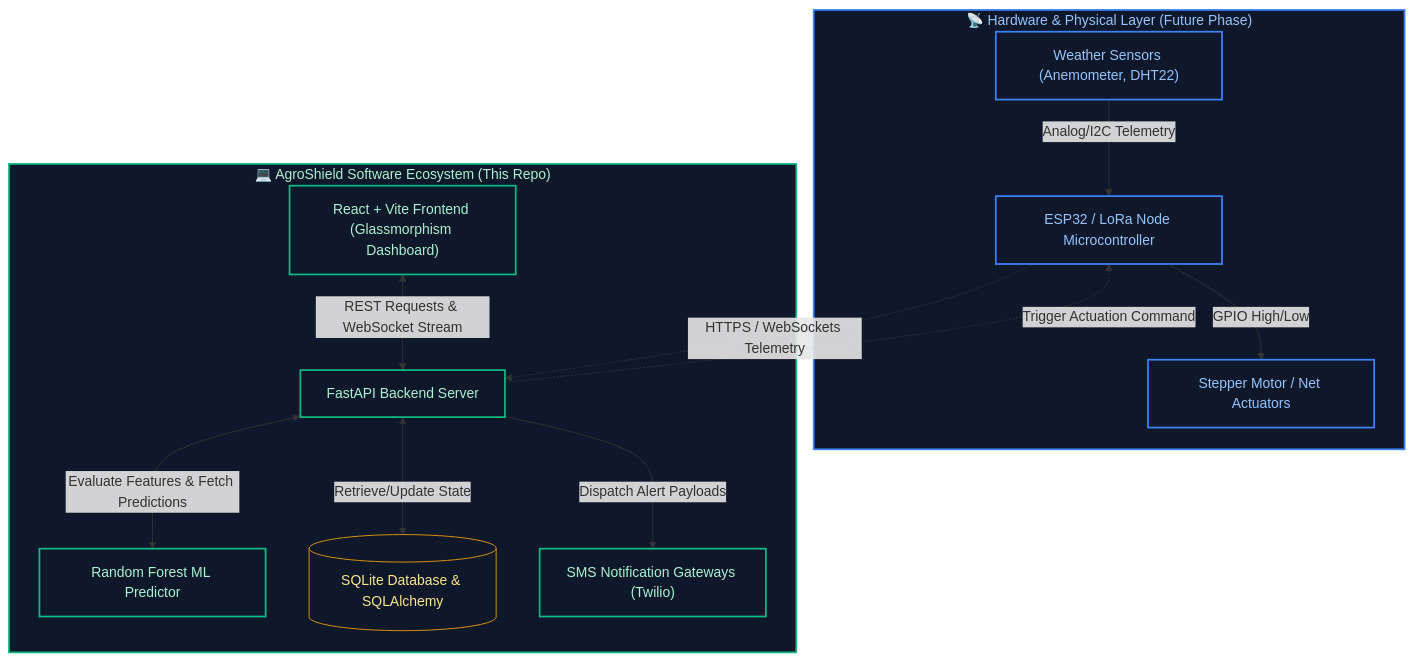
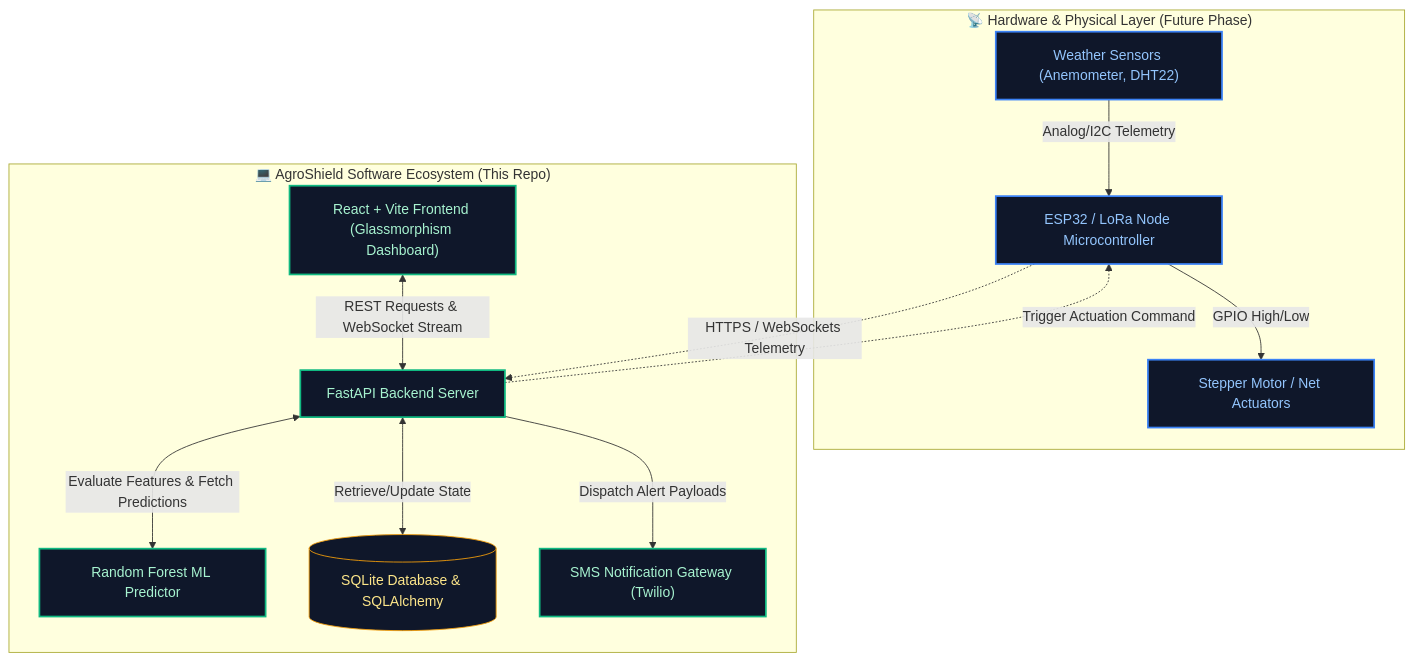
One commit to omrajput14/agroshield changed the diagram in README.md. Above: the diagram before and after it, drawn with Mermaid. The commit also changed other lines of this file and 8 other files, not shown here.

````diff
--- a/README.md
+++ b/README.md
@@ -26,38 +76,31 @@
 ```mermaid
 flowchart TD
-    %% Styling
     classDef default fill:#1e293b,stroke:#475569,stroke-width:1px,color:#f8fafc;
     classDef hardware fill:#0f172a,stroke:#3b82f6,stroke-width:2px,color:#93c5fd;
     classDef software fill:#0f172a,stroke:#10b981,stroke-width:2px,color:#a7f3d0;
     classDef database fill:#0f172a,stroke:#f59e0b,stroke-width:1px,color:#fde68a;
 
-    %% Nodes
     subgraph Hardware_Layer ["📡 Hardware & Physical Layer (Future Phase)"]
         Sensors["Weather Sensors (Anemometer, DHT22)"]:::hardware
         MCU["ESP32 / LoRa Node Microcontroller"]:::hardware
         Actuators["Stepper Motor / Net Actuators"]:::hardware
         Sensors -->|Analog/I2C Telemetry| MCU
         MCU -->|GPIO High/Low| Actuators
     end
 
     subgraph Software_Layer ["💻 AgroShield Software Ecosystem (This Repo)"]
         API["FastAPI Backend Server"]:::software
         ML["Random Forest ML Predictor"]:::software
         DB[("SQLite Database & SQLAlchemy")]:::database
-        SMS["SMS Notification Gateways (Twilio)"]:::software
+        SMS["SMS Notification Gateway (Twilio)"]:::software
         Dashboard["React + Vite Frontend (Glassmorphism Dashboard)"]:::software
 
-        %% Connections
         MCU -.->|HTTPS / WebSockets Telemetry| API
         API -.->|Trigger Actuation Command| MCU
-        
+
         API <-->|Retrieve/Update State| DB
         API <-->|Evaluate Features & Fetch Predictions| ML
         API -->|Dispatch Alert Payloads| SMS
         Dashboard <-->|REST Requests & WebSocket Stream| API
     end
-
-    %% Apply Classes
-    class Hardware_Layer hardware;
-    class Software_Layer software;
 ```
````
